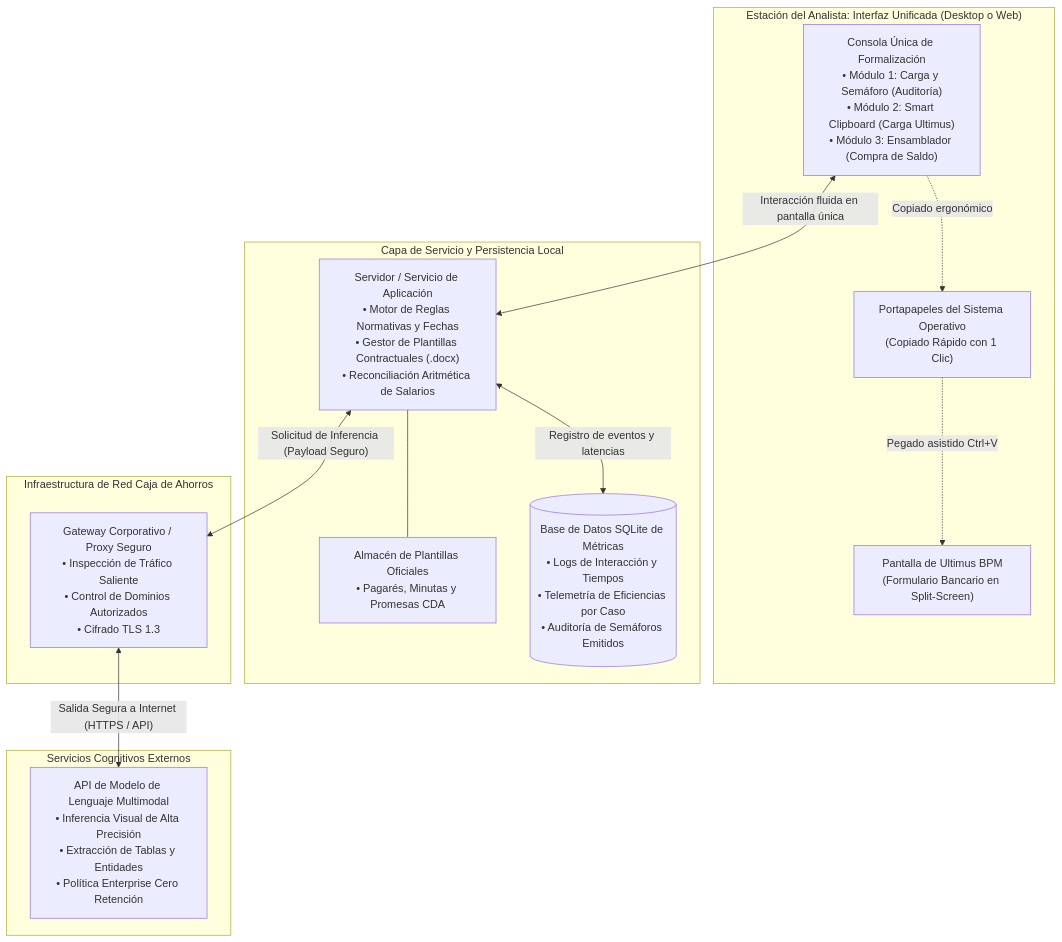
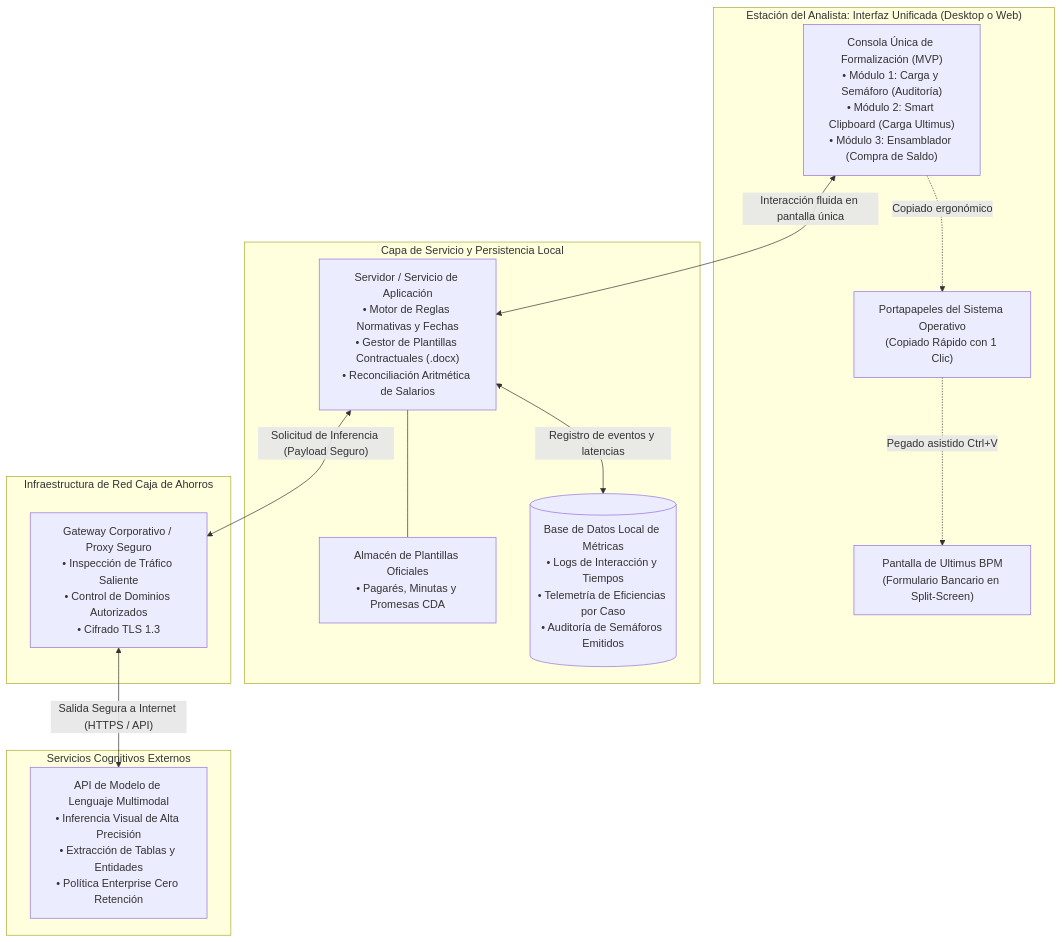
The second of 4 diagrams in formalizacion-pp/design/diseno-arquitectura-asistente-formalizacion.md (RBlasser/cda-celulas), drawn with Mermaid before and after one commit. The commit also changed other lines of this file and 1 other file, not shown here.

````diff
--- a/formalizacion-pp/design/diseno-arquitectura-asistente-formalizacion.md
+++ b/formalizacion-pp/design/diseno-arquitectura-asistente-formalizacion.md
@@ -76,30 +76,30 @@
 ```mermaid
 flowchart TD
     subgraph WORKSPACE ["Estación del Analista: Interfaz Unificada (Desktop o Web)"]
-        UI["Consola Única de Formalización<br>• Módulo 1: Carga y Semáforo (Auditoría)<br>• Módulo 2: Smart Clipboard (Carga Ultimus)<br>• Módulo 3: Ensamblador (Compra de Saldo)"]
+        UI["Consola Única de Formalización (MVP)<br>• Módulo 1: Carga y Semáforo (Auditoría)<br>• Módulo 2: Smart Clipboard (Carga Ultimus)<br>• Módulo 3: Ensamblador (Compra de Saldo)"]
         CLIPBOARD["Portapapeles del Sistema Operativo<br>(Copiado Rápido con 1 Clic)"]
         ULTIMUS["Pantalla de Ultimus BPM<br>(Formulario Bancario en Split-Screen)"]
         UI -.->|"Copiado ergonómico"| CLIPBOARD
         CLIPBOARD -.->|"Pegado asistido Ctrl+V"| ULTIMUS
     end
 
     subgraph MOTOR_LOCAL ["Capa de Servicio y Persistencia Local"]
         APP_SRV["Servidor / Servicio de Aplicación<br>• Motor de Reglas Normativas y Fechas<br>• Gestor de Plantillas Contractuales (.docx)<br>• Reconciliación Aritmética de Salarios"]
         STORAGE["Almacén de Plantillas Oficiales<br>• Pagarés, Minutas y Promesas CDA"]
-        SQLITE_DB[("Base de Datos SQLite de Métricas<br>• Logs de Interacción y Tiempos<br>• Telemetría de Eficiencias por Caso<br>• Auditoría de Semáforos Emitidos")]
+        LOCAL_DB[("Base de Datos Local de Métricas<br>• Logs de Interacción y Tiempos<br>• Telemetría de Eficiencias por Caso<br>• Auditoría de Semáforos Emitidos")]
         APP_SRV --- STORAGE
-        APP_SRV <-->|"Registro de eventos y latencias"| SQLITE_DB
+        APP_SRV <-->|"Registro de eventos y latencias"| LOCAL_DB
     end
 
     subgraph RED_BANCO ["Infraestructura de Red Caja de Ahorros"]
         GATEWAY["Gateway Corporativo / Proxy Seguro<br>• Inspección de Tráfico Saliente<br>• Control de Dominios Autorizados<br>• Cifrado TLS 1.3"]
     end
 
     subgraph CLOUD_AI ["Servicios Cognitivos Externos"]
         LLM_API["API de Modelo de Lenguaje Multimodal<br>• Inferencia Visual de Alta Precisión<br>• Extracción de Tablas y Entidades<br>• Política Enterprise Cero Retención"]
     end
 
     UI <-->|"Interacción fluida en pantalla única"| APP_SRV
     APP_SRV <-->|"Solicitud de Inferencia (Payload Seguro)"| GATEWAY
     GATEWAY <-->|"Salida Segura a Internet (HTTPS / API)"| LLM_API
 ```
````
